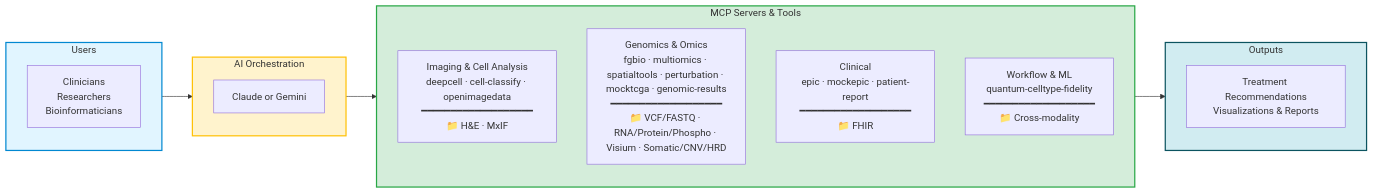
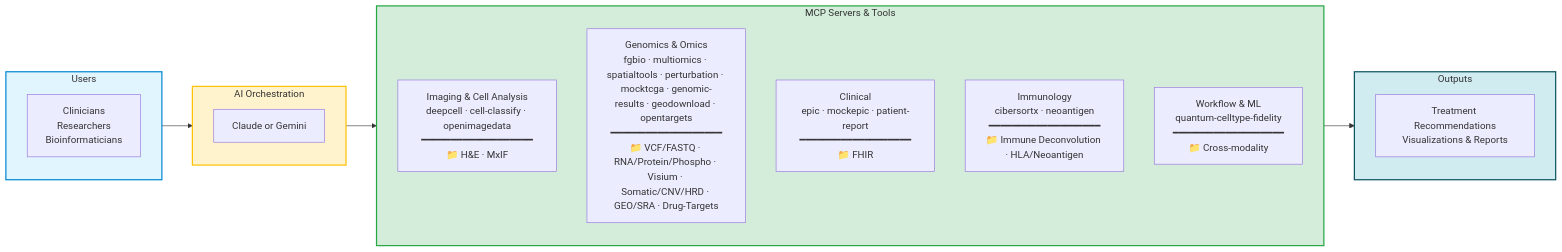
Before and after one commit to lynnlangit/spatial-mcp: the diagram in docs/for-funders/EXECUTIVE_SUMMARY.md, drawn with Mermaid. The commit also changed other lines of this file and 4 other files, not shown here.

Commit message:
update diagrams

````diff
--- a/docs/for-funders/EXECUTIVE_SUMMARY.md
+++ b/docs/for-funders/EXECUTIVE_SUMMARY.md
@@ -31,31 +31,32 @@
 ```mermaid
 graph LR
     subgraph Users["Users"]
         U[Clinicians<br/>Researchers<br/>Bioinformaticians]
     end
 
     subgraph AI["AI Orchestration"]
         LLM[Claude or Gemini]
     end
 
     subgraph Servers["MCP Servers & Tools"]
         direction TB
         IMAGING["Imaging & Cell Analysis<br/>deepcell · cell-classify · openimagedata<br/>━━━━━━━━━━━━━━━━━━━<br/>📁 H&E · MxIF"]
-        GENOMICS["Genomics & Omics<br/>fgbio · multiomics · spatialtools · perturbation · mocktcga · genomic-results<br/>━━━━━━━━━━━━━━━━━━━<br/>📁 VCF/FASTQ · RNA/Protein/Phospho · Visium · Somatic/CNV/HRD"]
+        GENOMICS["Genomics & Omics<br/>fgbio · multiomics · spatialtools · perturbation · mocktcga · genomic-results · geodownload · opentargets<br/>━━━━━━━━━━━━━━━━━━━<br/>📁 VCF/FASTQ · RNA/Protein/Phospho · Visium · Somatic/CNV/HRD · GEO/SRA · Drug-Targets"]
         CLINICAL["Clinical<br/>epic · mockepic · patient-report<br/>━━━━━━━━━━━━━━━━━━━<br/>📁 FHIR"]
+        IMMUNOLOGY["Immunology<br/>cibersortx · neoantigen<br/>━━━━━━━━━━━━━━━━━━━<br/>📁 Immune Deconvolution · HLA/Neoantigen"]
         WORKFLOW["Workflow & ML<br/>quantum-celltype-fidelity<br/>━━━━━━━━━━━━━━━━━━━<br/>📁 Cross-modality"]
     end
 
     subgraph Output["Outputs"]
         O[Treatment Recommendations<br/>Visualizations & Reports]
     end
 
     Users --> AI
     AI --> Servers
     Servers --> Output
 
     style Users fill:#e1f5ff,stroke:#0288d1,stroke-width:2px
     style AI fill:#fff3cd,stroke:#ffc107,stroke-width:2px
     style Servers fill:#d4edda,stroke:#28a745,stroke-width:2px
     style Output fill:#d1ecf1,stroke:#0c5460,stroke-width:2px
 ```
````
